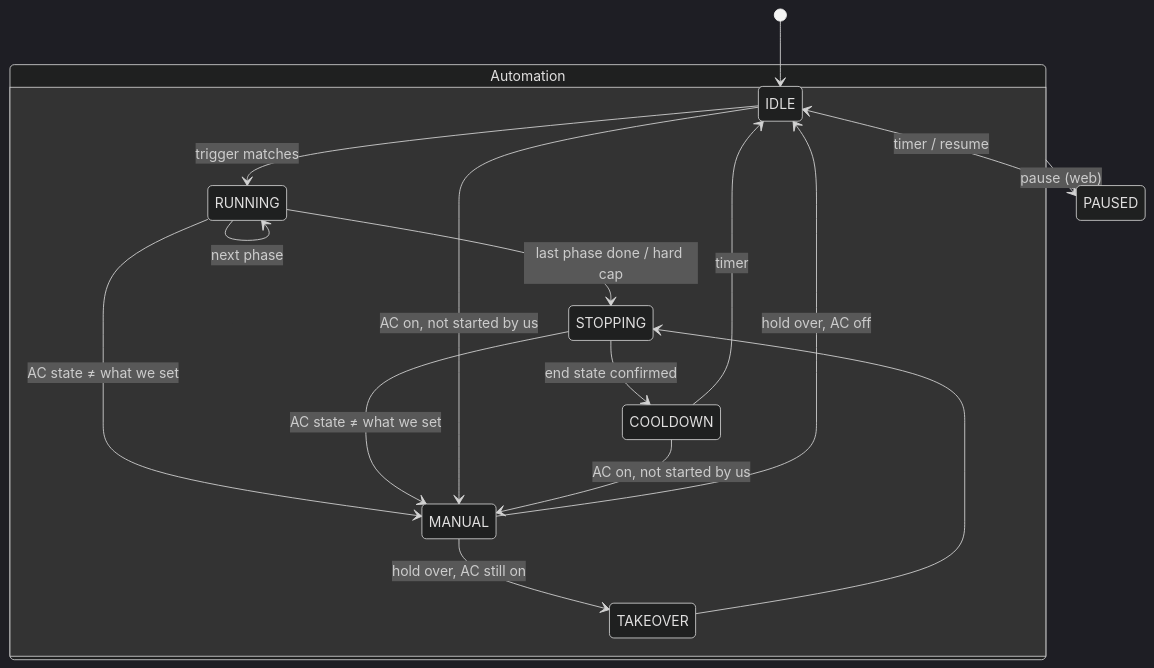
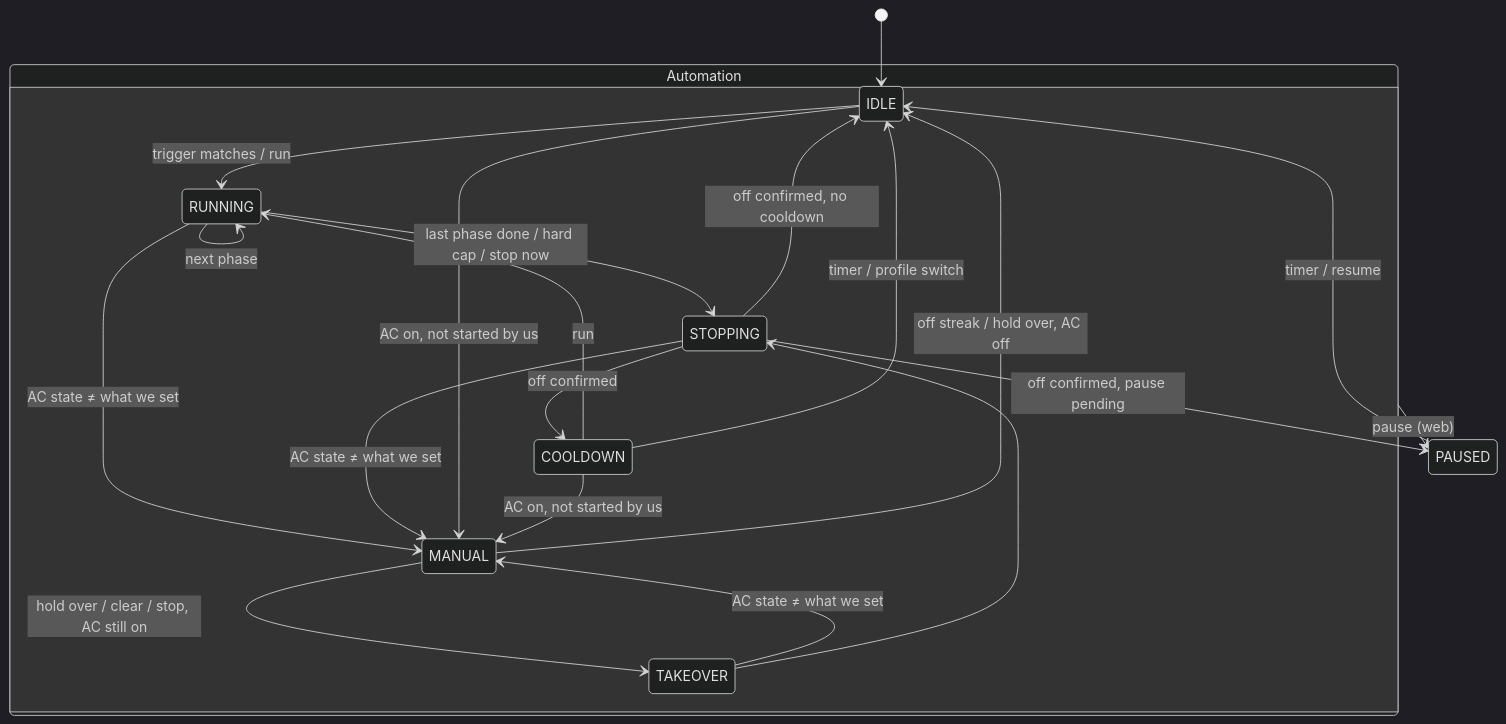
One commit to EugeneDumanskyi/pico-smart-ac changed the diagram in docs/idea.md. Above: the diagram before and after it, drawn with Mermaid (dark theme). The commit also changed other lines of this file and 24 other files, not shown here.

````diff
--- a/docs/idea.md
+++ b/docs/idea.md
@@ -97,20 +97,24 @@
 ```mermaid
 stateDiagram-v2
     [*] --> IDLE
     state Automation {
-        IDLE --> RUNNING : trigger matches
+        IDLE --> RUNNING : trigger matches / run
+        COOLDOWN --> RUNNING : run
         RUNNING --> RUNNING : next phase
-        RUNNING --> STOPPING : last phase done / hard cap
-        STOPPING --> COOLDOWN : end state confirmed
-        COOLDOWN --> IDLE : timer
+        RUNNING --> STOPPING : last phase done / hard cap / stop now
+        STOPPING --> COOLDOWN : off confirmed
+        STOPPING --> IDLE : off confirmed, no cooldown
+        COOLDOWN --> IDLE : timer / profile switch
         RUNNING --> MANUAL : AC state ≠ what we set
         STOPPING --> MANUAL : AC state ≠ what we set
+        TAKEOVER --> MANUAL : AC state ≠ what we set
         IDLE --> MANUAL : AC on, not started by us
         COOLDOWN --> MANUAL : AC on, not started by us
-        MANUAL --> IDLE : hold over, AC off
-        MANUAL --> TAKEOVER : hold over, AC still on
+        MANUAL --> IDLE : off streak / hold over, AC off
+        MANUAL --> TAKEOVER : hold over / clear / stop, AC still on
         TAKEOVER --> STOPPING
     }
     Automation --> PAUSED : pause (web)
+    STOPPING --> PAUSED : off confirmed, pause pending
     PAUSED --> IDLE : timer / resume
 ```
````
